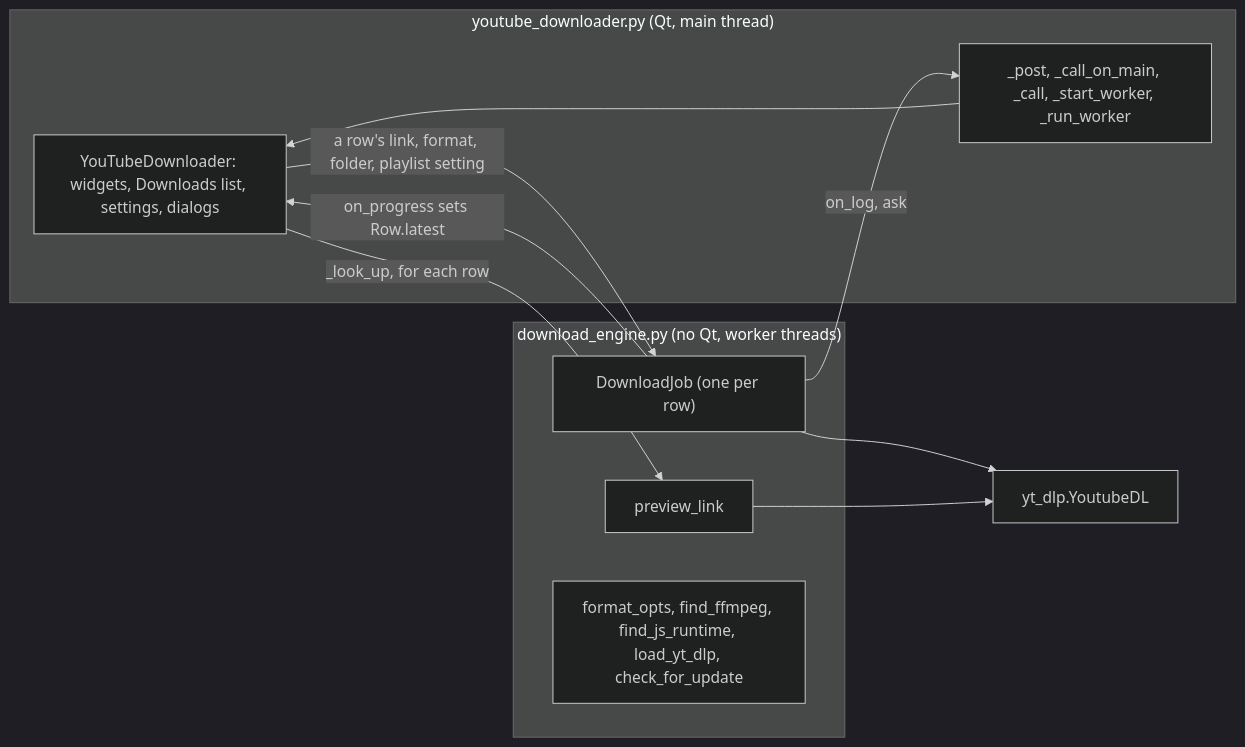
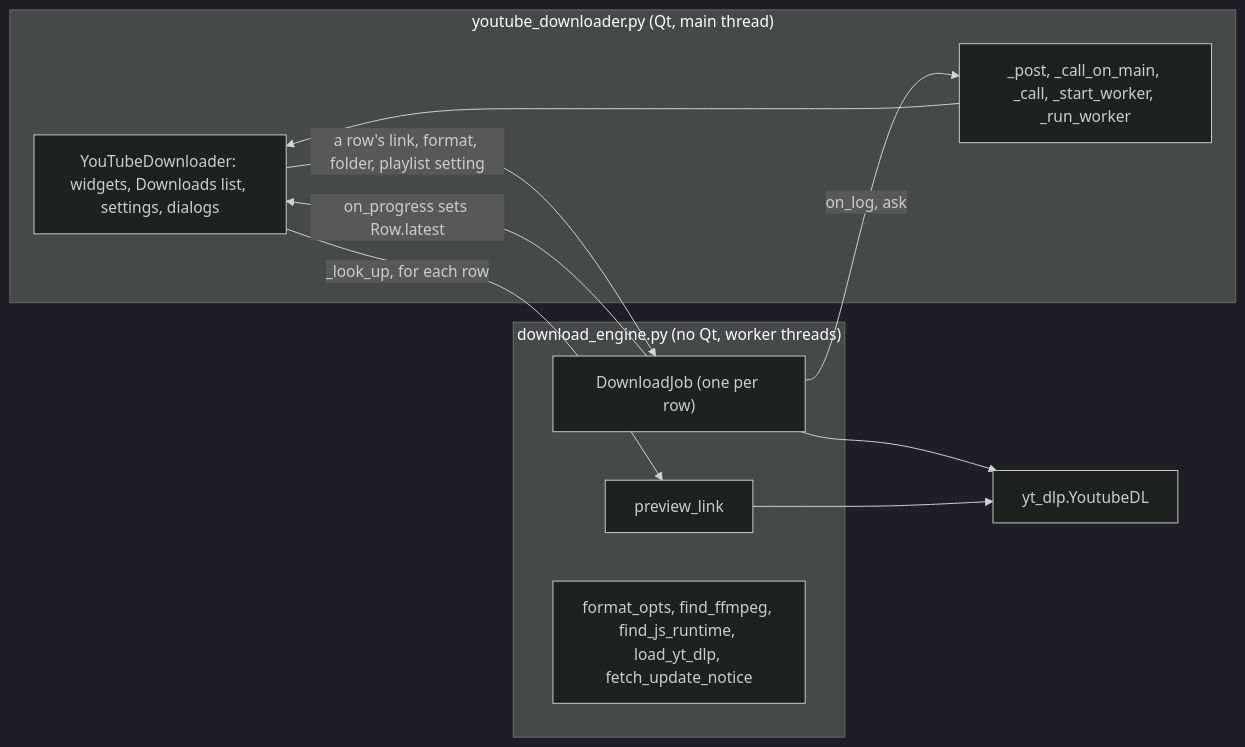
Before and after one commit to lifeupnorth/YouTubeDownloader: the first of 3 diagrams in docs/wiki/03-architecture.md, drawn with Mermaid (dark theme). The commit also changed other lines of this file and 10 other files, not shown here.

````diff
--- a/docs/wiki/03-architecture.md
+++ b/docs/wiki/03-architecture.md
@@ -15,19 +15,19 @@
 ```mermaid
 flowchart LR
     subgraph window ["youtube_downloader.py (Qt, main thread)"]
         ui["YouTubeDownloader: widgets, Downloads list, settings, dialogs"]
         plumbing["_post, _call_on_main, _call, _start_worker, _run_worker"]
     end
     subgraph engine ["download_engine.py (no Qt, worker threads)"]
         job["DownloadJob (one per row)"]
         preview["preview_link"]
-        helpers["format_opts, find_ffmpeg, find_js_runtime, load_yt_dlp, check_for_update"]
+        helpers["format_opts, find_ffmpeg, find_js_runtime, load_yt_dlp, fetch_update_notice"]
     end
     ui -->|"a row's link, format, folder, playlist setting"| job
     job -->|"on_log, ask"| plumbing
     job -->|"on_progress sets Row.latest"| ui
     plumbing --> ui
     ui -->|"_look_up, for each row"| preview
     job --> ytdlp["yt_dlp.YoutubeDL"]
     preview --> ytdlp
 ```
````
